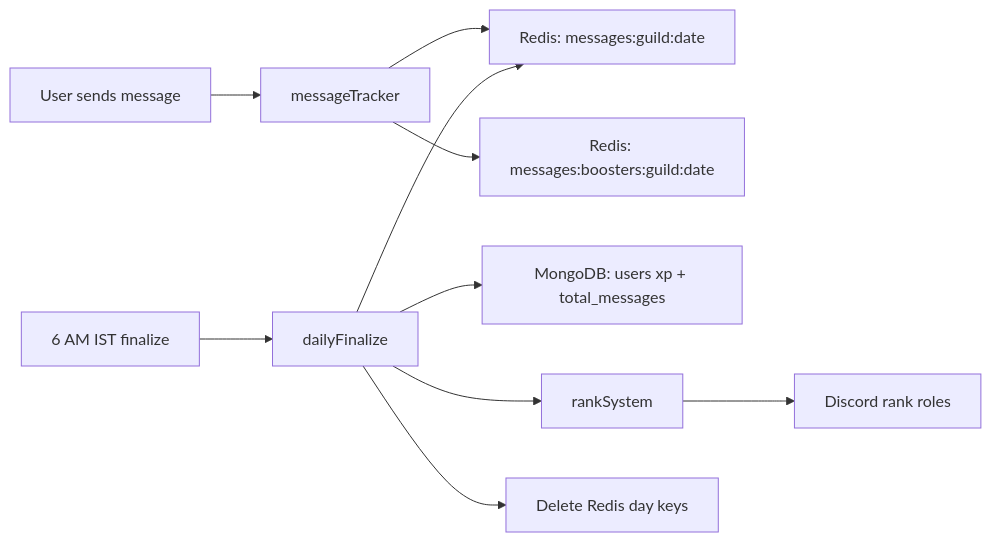
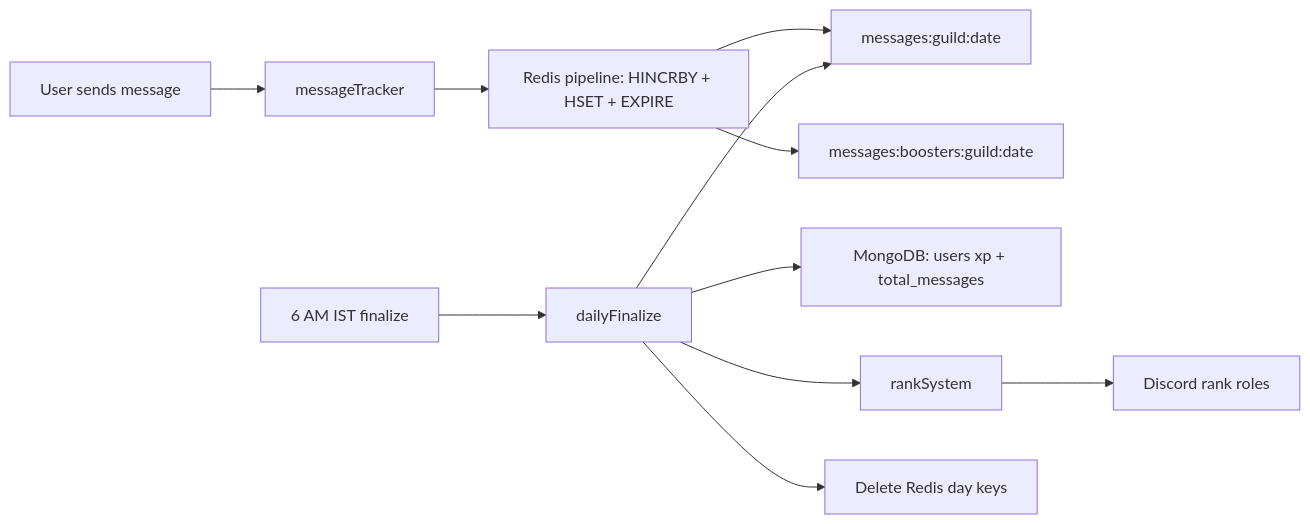
One commit to Vasumitra-Gajbhiye/Ralevel-Discord-Bot changed the first of 3 diagrams in docs/database.md. Above: the diagram before and after it, drawn with Mermaid. The commit also changed other lines of this file and 5 other files, not shown here.

````diff
--- a/docs/database.md
+++ b/docs/database.md
@@ -440,13 +440,14 @@
 ```mermaid
 flowchart LR
     MSG[User sends message] --> MT[messageTracker]
-    MT --> R1["Redis: messages:guild:date"]
-    MT --> R2["Redis: messages:boosters:guild:date"]
+    MT --> Pipe["Redis pipeline: HINCRBY + HSET + EXPIRE"]
+    Pipe --> R1["messages:guild:date"]
+    Pipe --> R2["messages:boosters:guild:date"]
 
     SCHED[6 AM IST finalize] --> FIN[dailyFinalize]
     FIN --> R1
     FIN --> MONGO["MongoDB: users xp + total_messages"]
     FIN --> RANK[rankSystem]
     RANK --> ROLES[Discord rank roles]
     FIN --> DEL[Delete Redis day keys]
 ```
````
